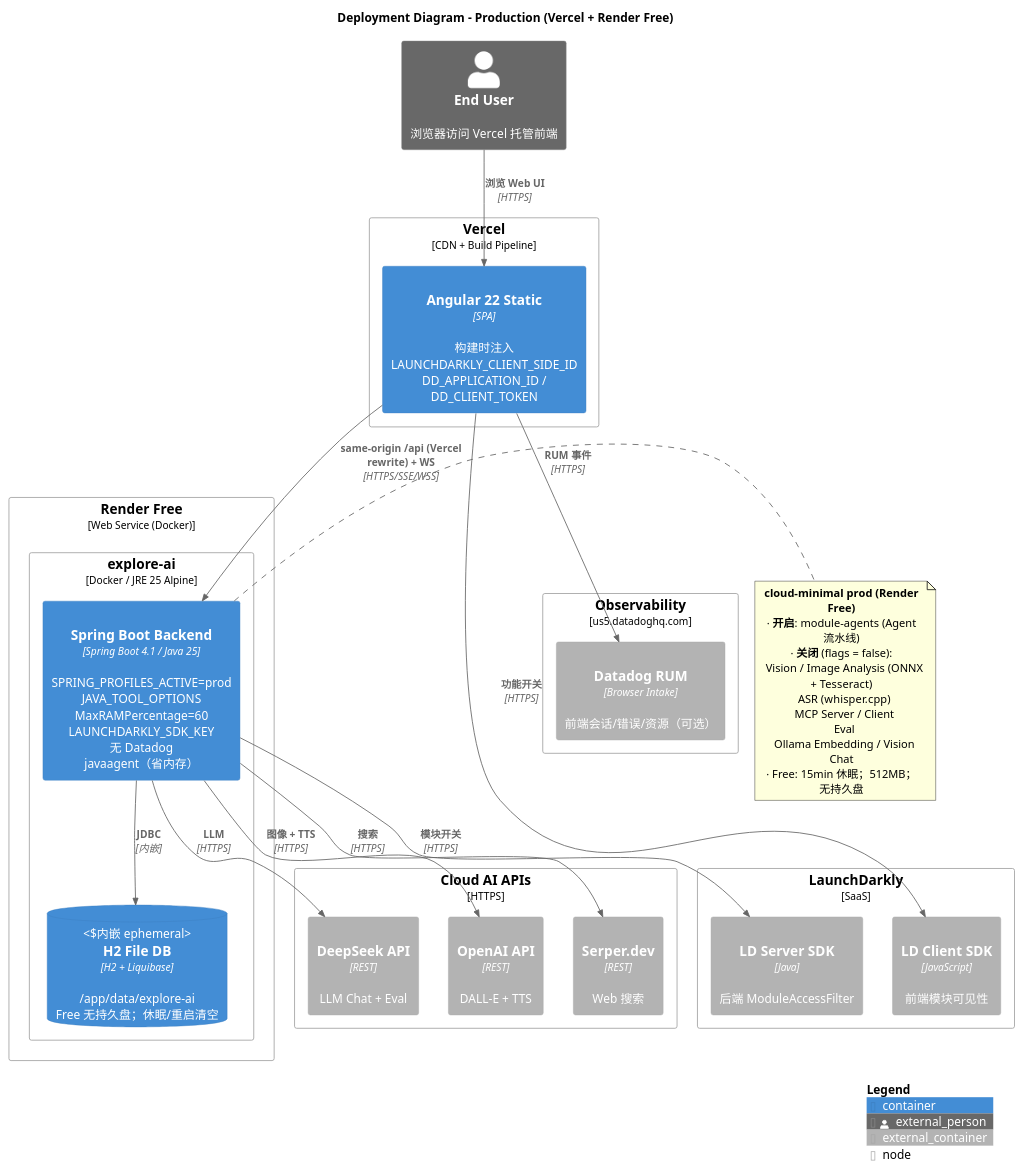
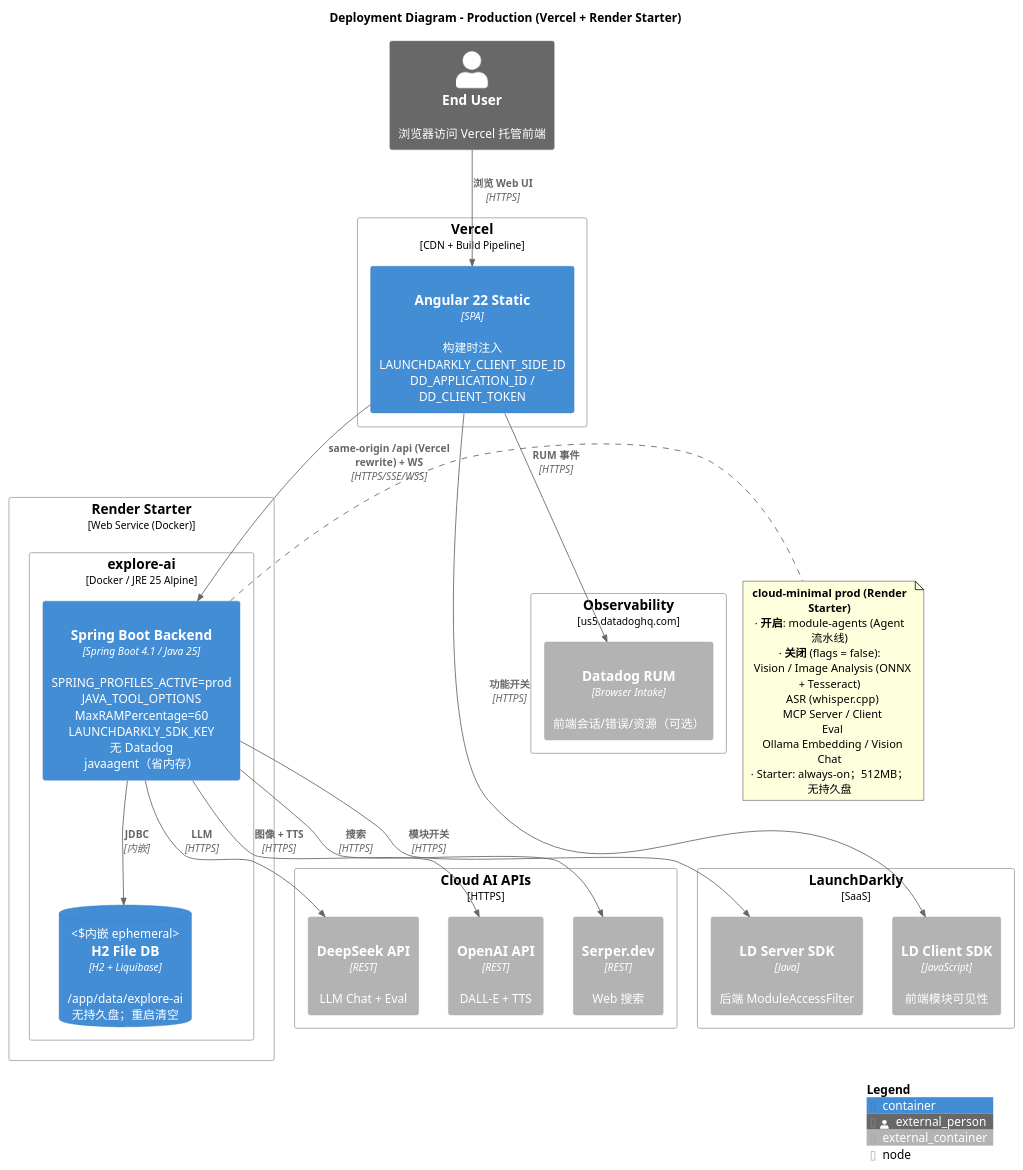
Before and after one commit to felixzhu97/explore-ai: the diagram in docs/developer/c4-model/C4-Deployment-Production.puml, drawn with PlantUML. The commit also changed 6 other files, not shown here.

First line of the commit message:
chore: upgrade Render Blueprint to Starter (#358)

```diff
--- a/docs/developer/c4-model/C4-Deployment-Production.puml
+++ b/docs/developer/c4-model/C4-Deployment-Production.puml
@@ -1,64 +1,64 @@
 @startuml C4-Deployment-Production
 !include https://raw.githubusercontent.com/plantuml-stdlib/C4-PlantUML/master/C4_Deployment.puml
 
 LAYOUT_WITH_LEGEND()
 
-title Deployment Diagram - Production (Vercel + Render Free)
+title Deployment Diagram - Production (Vercel + Render Starter)
 
 Person_Ext(user, "End User", "浏览器访问 Vercel 托管前端")
 
 Deployment_Node(vercel, "Vercel", "CDN + Build Pipeline") {
     Container(angular_static, "Angular 22 Static", "SPA", "构建时注入\nLAUNCHDARKLY_CLIENT_SIDE_ID\nDD_APPLICATION_ID / DD_CLIENT_TOKEN", "HTTPS")
 }
 
-Deployment_Node(render, "Render Free", "Web Service (Docker)") {
+Deployment_Node(render, "Render Starter", "Web Service (Docker)") {
     Deployment_Node(explore_ai_svc, "explore-ai", "Docker / JRE 25 Alpine") {
         Container(backend, "Spring Boot Backend", "Spring Boot 4.1 / Java 25", "SPRING_PROFILES_ACTIVE=prod\nJAVA_TOOL_OPTIONS MaxRAMPercentage=60\nLAUNCHDARKLY_SDK_KEY\n无 Datadog javaagent（省内存）", "8080")
-        ContainerDb(h2_ephemeral, "H2 File DB", "H2 + Liquibase", "/app/data/explore-ai\nFree 无持久盘；休眠/重启清空", "内嵌 ephemeral")
+        ContainerDb(h2_ephemeral, "H2 File DB", "H2 + Liquibase", "/app/data/explore-ai\n无持久盘；重启清空", "内嵌 ephemeral")
     }
 }
 
 Deployment_Node(observability, "Observability", "us5.datadoghq.com") {
     Container_Ext(datadog_rum, "Datadog RUM", "Browser Intake", "前端会话/错误/资源（可选）", "HTTPS")
 }
 
 Deployment_Node(feature_flags, "LaunchDarkly", "SaaS") {
     Container_Ext(ld_client, "LD Client SDK", "JavaScript", "前端模块可见性", "HTTPS")
     Container_Ext(ld_server, "LD Server SDK", "Java", "后端 ModuleAccessFilter", "HTTPS")
 }
 
 Deployment_Node(cloud_ai, "Cloud AI APIs", "HTTPS") {
     Container_Ext(deepseek_api, "DeepSeek API", "REST", "LLM Chat + Eval", "HTTPS")
     Container_Ext(openai_api, "OpenAI API", "REST", "DALL-E + TTS", "HTTPS")
     Container_Ext(serper_api, "Serper.dev", "REST", "Web 搜索", "HTTPS")
 }
 
 ' ============================================================
 ' RELATIONSHIPS
 ' ============================================================
 Rel(user, angular_static, "浏览 Web UI", "HTTPS")
 Rel(angular_static, backend, "same-origin /api (Vercel rewrite) + WS", "HTTPS/SSE/WSS")
 Rel(angular_static, datadog_rum, "RUM 事件", "HTTPS")
 Rel(angular_static, ld_client, "功能开关", "HTTPS")
 
 Rel(backend, h2_ephemeral, "JDBC", "内嵌")
 Rel(backend, ld_server, "模块开关", "HTTPS")
 
 Rel(backend, deepseek_api, "LLM", "HTTPS")
 Rel(backend, openai_api, "图像 + TTS", "HTTPS")
 Rel(backend, serper_api, "搜索", "HTTPS")
 
 note right of backend
-  **cloud-minimal prod (Render Free)**
+  **cloud-minimal prod (Render Starter)**
   · **开启**: module-agents (Agent 流水线)
   · **关闭** (flags = false):
     Vision / Image Analysis (ONNX + Tesseract)
     ASR (whisper.cpp)
     MCP Server / Client
     Eval
     Ollama Embedding / Vision Chat
-  · Free: 15min 休眠；512MB；无持久盘
+  · Starter: always-on；512MB；无持久盘
 end note
 
 SHOW_LEGEND()
 @enduml
```
